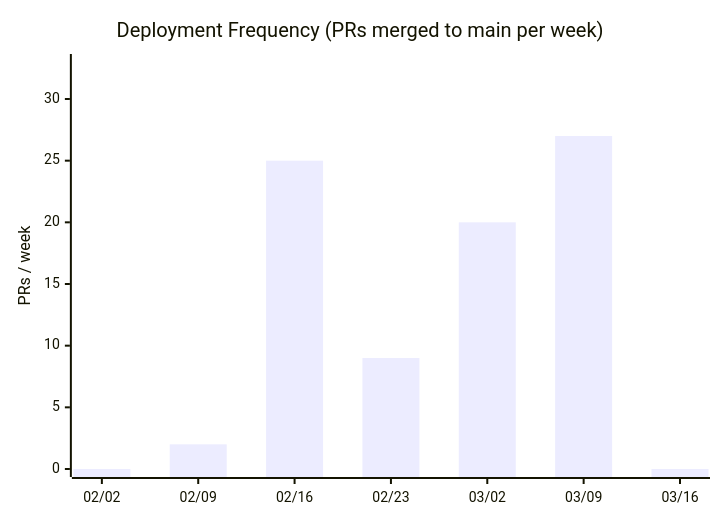
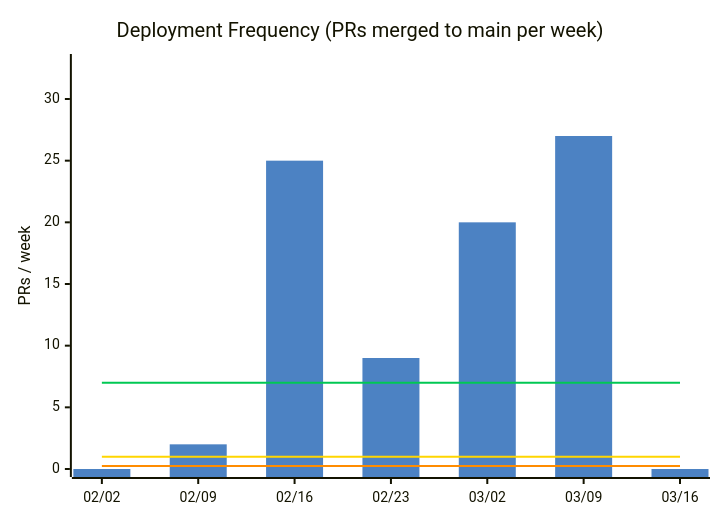
One commit to nablarch/nabledge-dev changed the first of 14 diagrams in docs/metrics.md. Above: the diagram before and after it, drawn with Mermaid. The commit also changed other lines of this file, not shown here.

````diff
--- a/docs/metrics.md
+++ b/docs/metrics.md
@@ -42,7 +37,11 @@
 ```mermaid
+%%{init: {'theme': 'base', 'themeVariables': {'xyChart': {'plotColorPalette': '#4C82C3,#00C853,#FFD600,#FF8C00'}}}}%%
 xychart-beta
   title "Deployment Frequency (PRs merged to main per week)"
   x-axis ["02/02", "02/09", "02/16", "02/23", "03/02", "03/09", "03/16"]
   y-axis "PRs / week" 0 --> 33
   bar [0, 2, 25, 9, 20, 27, 0]
+  line [7, 7, 7, 7, 7, 7, 7]
+  line [1, 1, 1, 1, 1, 1, 1]
+  line [0.25, 0.25, 0.25, 0.25, 0.25, 0.25, 0.25]
 ```
````
